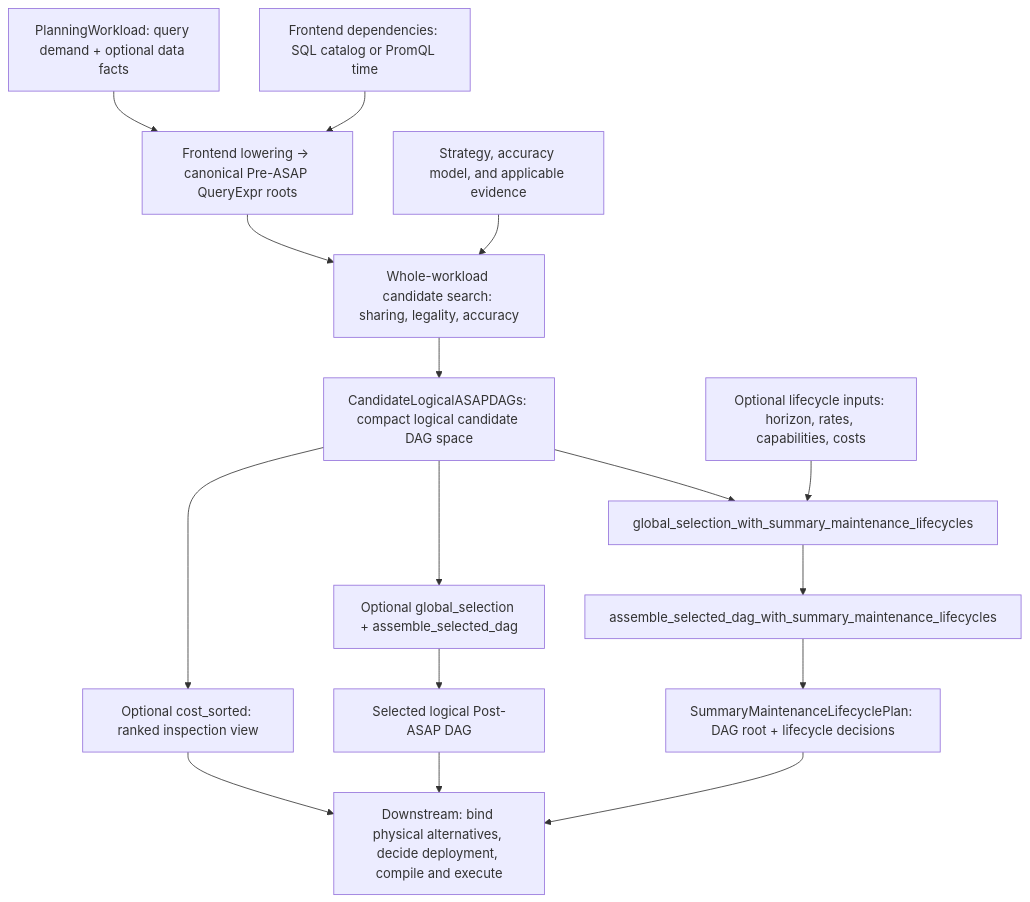
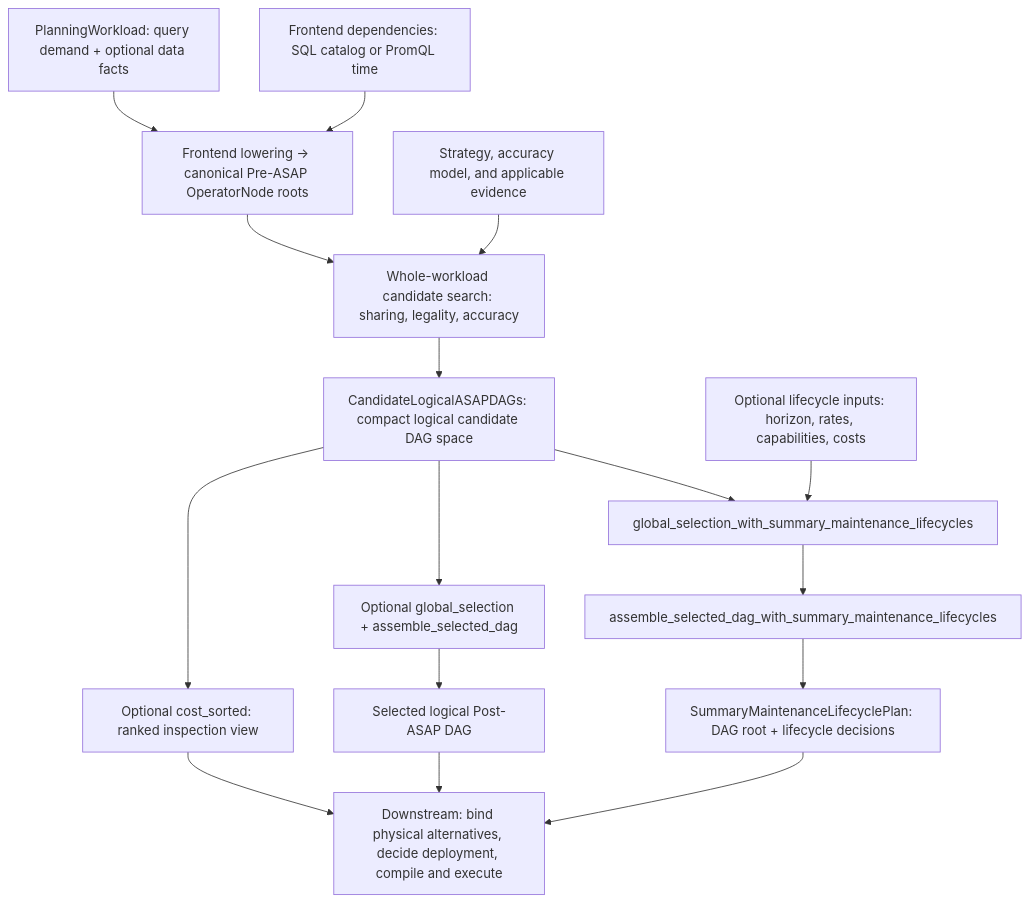
The diagram in docs/design_docs/architecture/README.md (ProjectASAP/ASAPPlanner), drawn with Mermaid before and after one commit. The commit also changed other lines of this file and 72 other files, not shown here.

````diff
--- a/docs/design_docs/architecture/README.md
+++ b/docs/design_docs/architecture/README.md
@@ -15,26 +15,26 @@
 ```mermaid
 flowchart TD
     W["PlanningWorkload: query demand + optional data facts"]
     F["Frontend dependencies: SQL catalog or PromQL time"]
     E["Strategy, accuracy model, and applicable evidence"]
-    PRE["Frontend lowering → canonical Pre-ASAP QueryExpr roots"]
+    PRE["Frontend lowering → canonical Pre-ASAP OperatorNode roots"]
     SEARCH["Whole-workload candidate search: sharing, legality, accuracy"]
     SPACE["CandidateLogicalASAPDAGs: compact logical candidate DAG space"]
     RANK["Optional cost_sorted: ranked inspection view"]
     SELECT["Optional global_selection + assemble_selected_dag"]
     DAG["Selected logical Post-ASAP DAG"]
     LINPUT["Optional lifecycle inputs: horizon, rates, capabilities, costs"]
     LIFE["global_selection_with_summary_maintenance_lifecycles"]
     LMAT["assemble_selected_dag_with_summary_maintenance_lifecycles"]
     LPLAN["SummaryMaintenanceLifecyclePlan: DAG root + lifecycle decisions"]
     BACKEND["Downstream: bind physical alternatives, decide deployment, compile and execute"]
     W --> PRE
     F --> PRE
     PRE --> SEARCH
     E --> SEARCH
     SEARCH --> SPACE
     SPACE --> RANK --> BACKEND
     SPACE --> SELECT --> DAG --> BACKEND
     SPACE --> LIFE
     LINPUT --> LIFE --> LMAT --> LPLAN --> BACKEND
 ```
````
